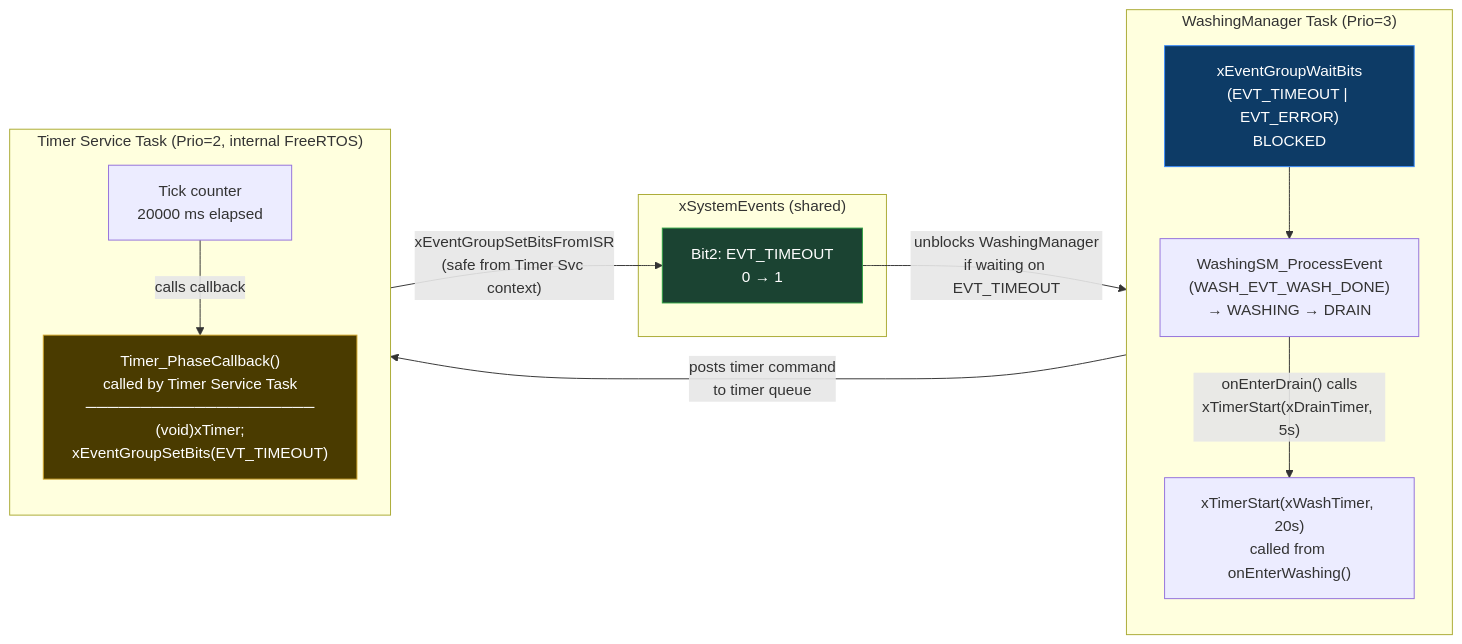
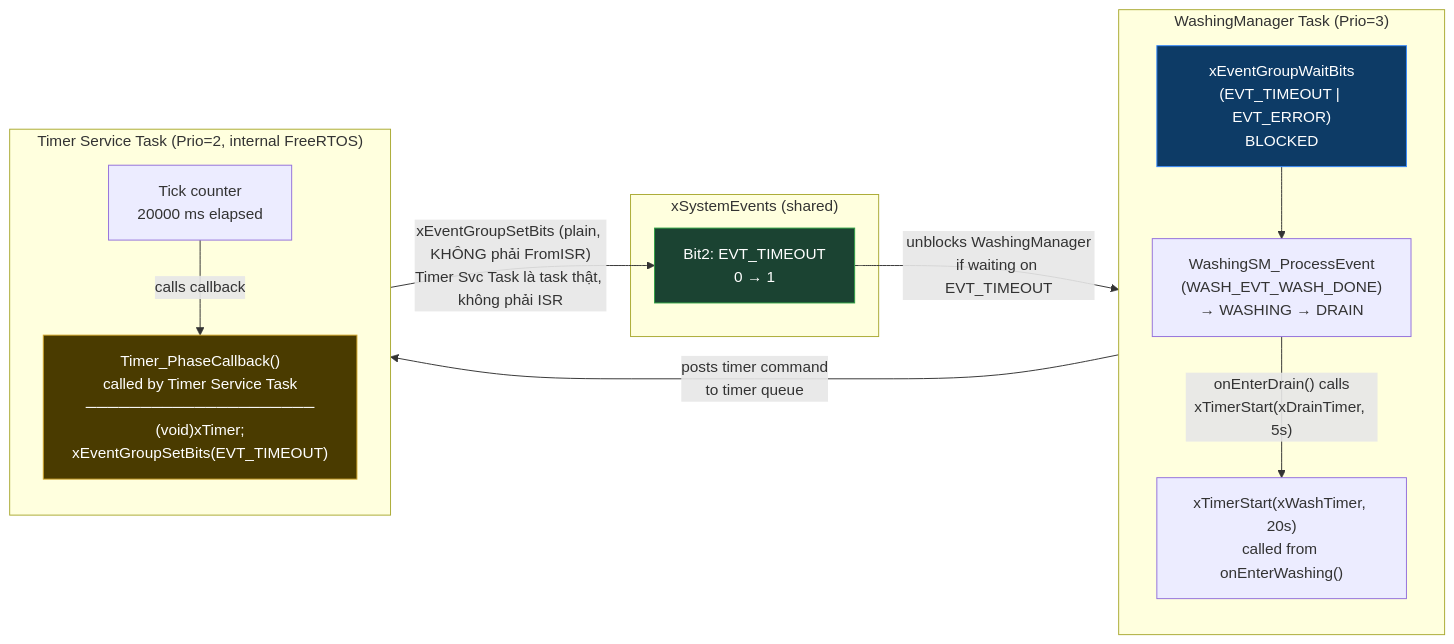
Before and after one commit to TTonyVi/Freertos_ST: the eighth of 9 diagrams in docs/SYSTEM_DIAGRAMS.md, drawn with Mermaid. The commit also changed other lines of this file and 18 other files, not shown here.

````diff
--- a/docs/SYSTEM_DIAGRAMS.md
+++ b/docs/SYSTEM_DIAGRAMS.md
@@ -416,30 +421,30 @@
 ```mermaid
 flowchart LR
     subgraph WashMgr["WashingManager Task (Prio=3)"]
         direction TB
         ENA["xTimerStart(xWashTimer, 20s)\ncalled from onEnterWashing()"]
         WAIT_T["xEventGroupWaitBits\n(EVT_TIMEOUT | EVT_ERROR)\nBLOCKED"]
         PROC["WashingSM_ProcessEvent\n(WASH_EVT_WASH_DONE)\n→ WASHING → DRAIN"]
     end
 
     subgraph TimerSvc["Timer Service Task (Prio=2, internal FreeRTOS)"]
         direction TB
         COUNT["Tick counter\n20000 ms elapsed"]
         CB["Timer_PhaseCallback()\ncalled by Timer Service Task\n─────────────────────\n(void)xTimer;\nxEventGroupSetBits(EVT_TIMEOUT)"]
     end
 
     subgraph EvtGrp["xSystemEvents (shared)"]
         BIT["Bit2: EVT_TIMEOUT\n0 → 1"]
     end
 
     ENA -->|"posts timer command\nto timer queue"| COUNT
     COUNT -->|"calls callback"| CB
-    CB -->|"xEventGroupSetBitsFromISR\n(safe from Timer Svc context)"| BIT
+    CB -->|"xEventGroupSetBits (plain, KHÔNG phải FromISR)\nTimer Svc Task là task thật, không phải ISR"| BIT
     BIT -->|"unblocks WashingManager\nif waiting on EVT_TIMEOUT"| WAIT_T
     WAIT_T --> PROC
     PROC -->|"onEnterDrain() calls\nxTimerStart(xDrainTimer, 5s)"| ENA
 
     style CB fill:#4a3b00,stroke:#d4a72c,color:#ffffff
     style BIT fill:#1b4332,stroke:#2ea043,color:#ffffff
     style WAIT_T fill:#0d3b66,stroke:#388bfd,color:#ffffff
 ```
````
